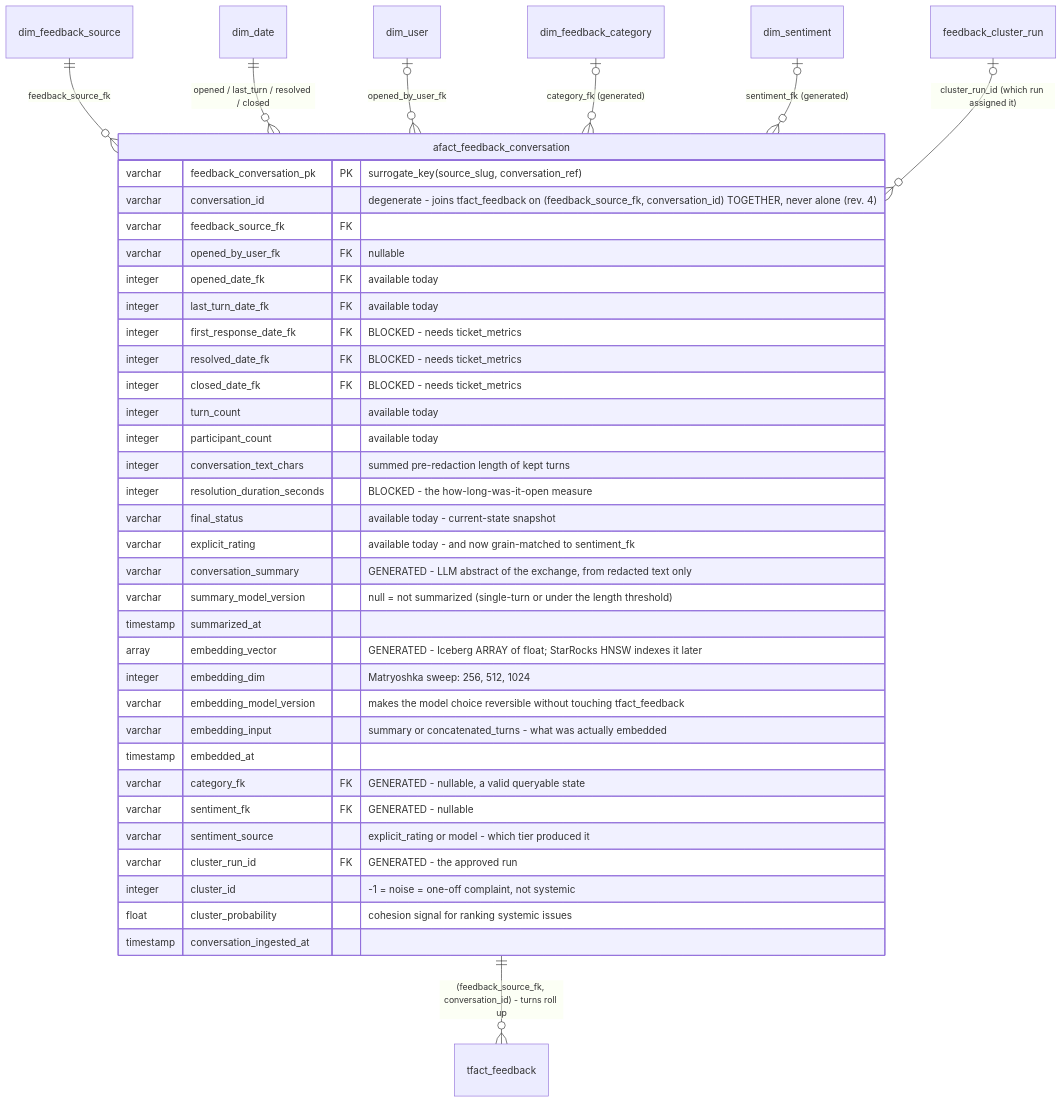
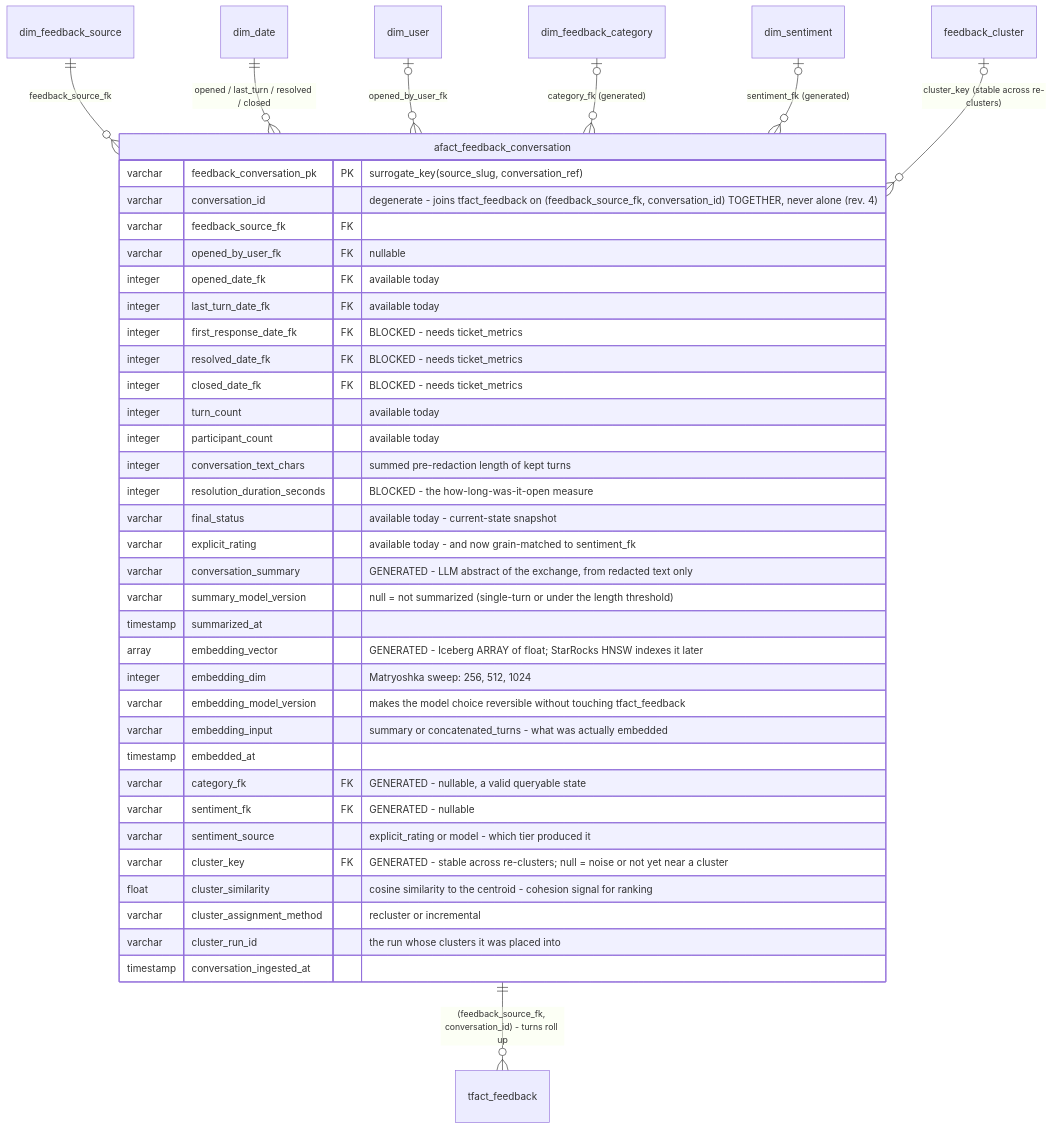
One commit to mitodl/ol-data-platform changed the third of 6 diagrams in docs/design/feedback_erd.md. Above: the diagram before and after it, drawn with Mermaid. The commit also changed other lines of this file and 5 other files, not shown here.

First line of the commit message:
docs(feedback): make cluster assignment continuous, drop run promotion

````diff
--- a/docs/design/feedback_erd.md
+++ b/docs/design/feedback_erd.md
@@ -259,43 +260,44 @@
 ```mermaid
 erDiagram
     afact_feedback_conversation ||--o{ tfact_feedback : "(feedback_source_fk, conversation_id) - turns roll up"
     dim_feedback_source   ||--o{ afact_feedback_conversation : "feedback_source_fk"
     dim_date              ||--o{ afact_feedback_conversation : "opened / last_turn / resolved / closed"
     dim_user              |o--o{ afact_feedback_conversation : "opened_by_user_fk"
     dim_feedback_category |o--o{ afact_feedback_conversation : "category_fk (generated)"
     dim_sentiment         |o--o{ afact_feedback_conversation : "sentiment_fk (generated)"
-    feedback_cluster_run  |o--o{ afact_feedback_conversation : "cluster_run_id (which run assigned it)"
+    feedback_cluster      |o--o{ afact_feedback_conversation : "cluster_key (stable across re-clusters)"
 
     afact_feedback_conversation {
         varchar feedback_conversation_pk PK "surrogate_key(source_slug, conversation_ref)"
         varchar conversation_id "degenerate - joins tfact_feedback on (feedback_source_fk, conversation_id) TOGETHER, never alone (rev. 4)"
         varchar feedback_source_fk FK
         varchar opened_by_user_fk FK "nullable"
         integer opened_date_fk FK "available today"
         integer last_turn_date_fk FK "available today"
         integer first_response_date_fk FK "BLOCKED - needs ticket_metrics"
         integer resolved_date_fk FK "BLOCKED - needs ticket_metrics"
         integer closed_date_fk FK "BLOCKED - needs ticket_metrics"
         integer turn_count "available today"
         integer participant_count "available today"
         integer conversation_text_chars "summed pre-redaction length of kept turns"
         integer resolution_duration_seconds "BLOCKED - the how-long-was-it-open measure"
         varchar final_status "available today - current-state snapshot"
         varchar explicit_rating "available today - and now grain-matched to sentiment_fk"
         varchar conversation_summary "GENERATED - LLM abstract of the exchange, from redacted text only"
         varchar summary_model_version "null = not summarized (single-turn or under the length threshold)"
         timestamp summarized_at
         array embedding_vector "GENERATED - Iceberg ARRAY of float; StarRocks HNSW indexes it later"
         integer embedding_dim "Matryoshka sweep: 256, 512, 1024"
         varchar embedding_model_version "makes the model choice reversible without touching tfact_feedback"
         varchar embedding_input "summary or concatenated_turns - what was actually embedded"
         timestamp embedded_at
         varchar category_fk FK "GENERATED - nullable, a valid queryable state"
         varchar sentiment_fk FK "GENERATED - nullable"
         varchar sentiment_source "explicit_rating or model - which tier produced it"
-        varchar cluster_run_id FK "GENERATED - the approved run"
-        integer cluster_id "-1 = noise = one-off complaint, not systemic"
-        float cluster_probability "cohesion signal for ranking systemic issues"
+        varchar cluster_key FK "GENERATED - stable across re-clusters; null = noise or not yet near a cluster"
+        float cluster_similarity "cosine similarity to the centroid - cohesion signal for ranking"
+        varchar cluster_assignment_method "recluster or incremental"
+        varchar cluster_run_id "the run whose clusters it was placed into"
         timestamp conversation_ingested_at
     }
 ```
````
